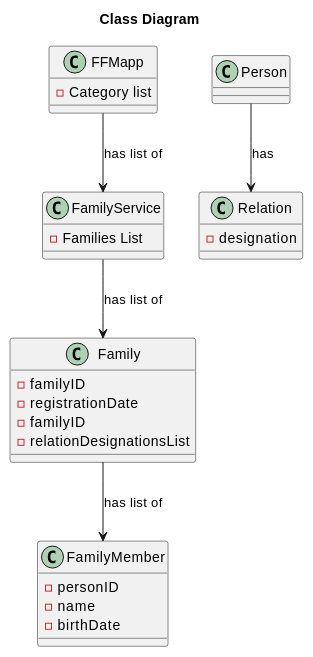
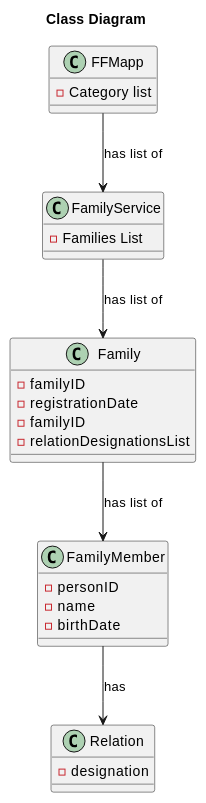
The fifth of 5 diagrams in docs/US105_AddRelation.md (tomas-osswald/switch_2020_g3), drawn with PlantUML before and after one commit. The commit also changed other lines of this file, not shown here.

````diff
--- a/docs/US105_AddRelation.md
+++ b/docs/US105_AddRelation.md
@@ -205,37 +234,37 @@
 ```puml
 title Class Diagram
 
 class FFMapp {
 - Category list
 
 }
 
 class FamilyService {
 - Families List
 }
 
 class Family {
 - familyID
 - registrationDate
 - familyID
 - relationDesignationsList
 
 }
 
 class FamilyMember {
 - personID
 - name
 - birthDate
 
 }
 
 class Relation {
 - designation
 
 }
 
 FFMapp -down-> FamilyService : has list of 
 FamilyService -down-> Family : has list of
 Family -down-> FamilyMember : has list of 
-Person -down-> Relation : has 
+FamilyMember -down-> Relation : has 
 ```
````
